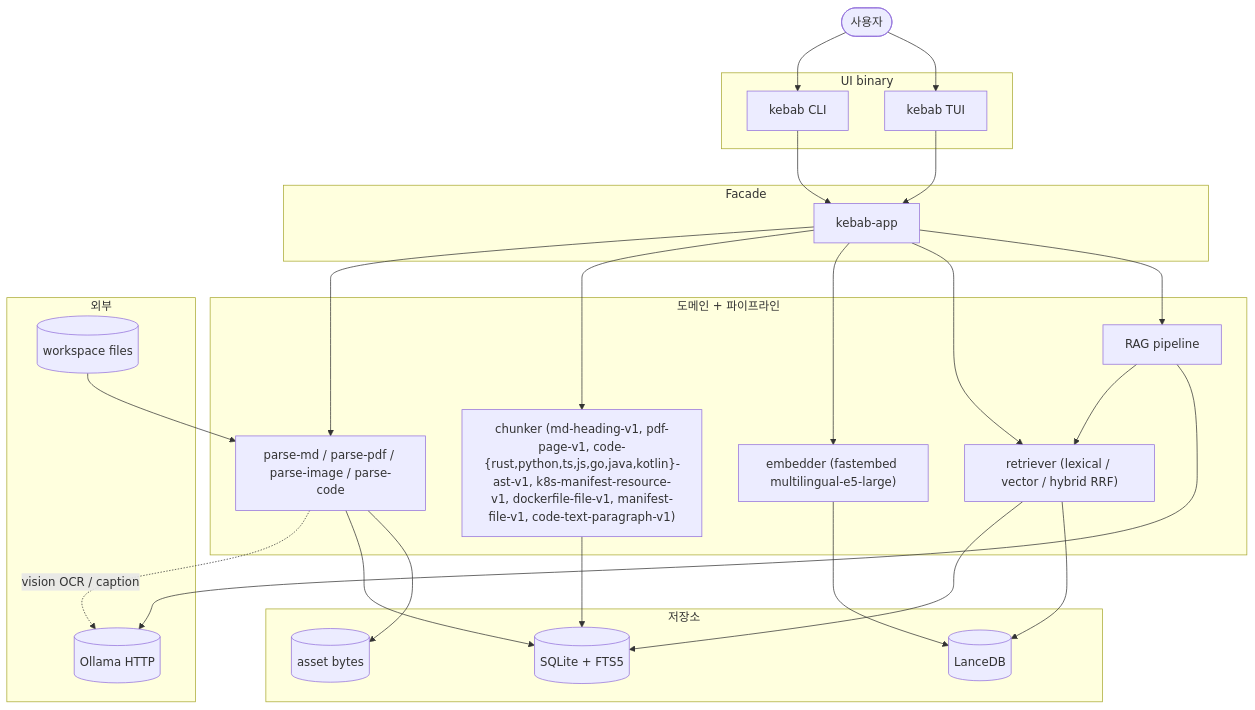
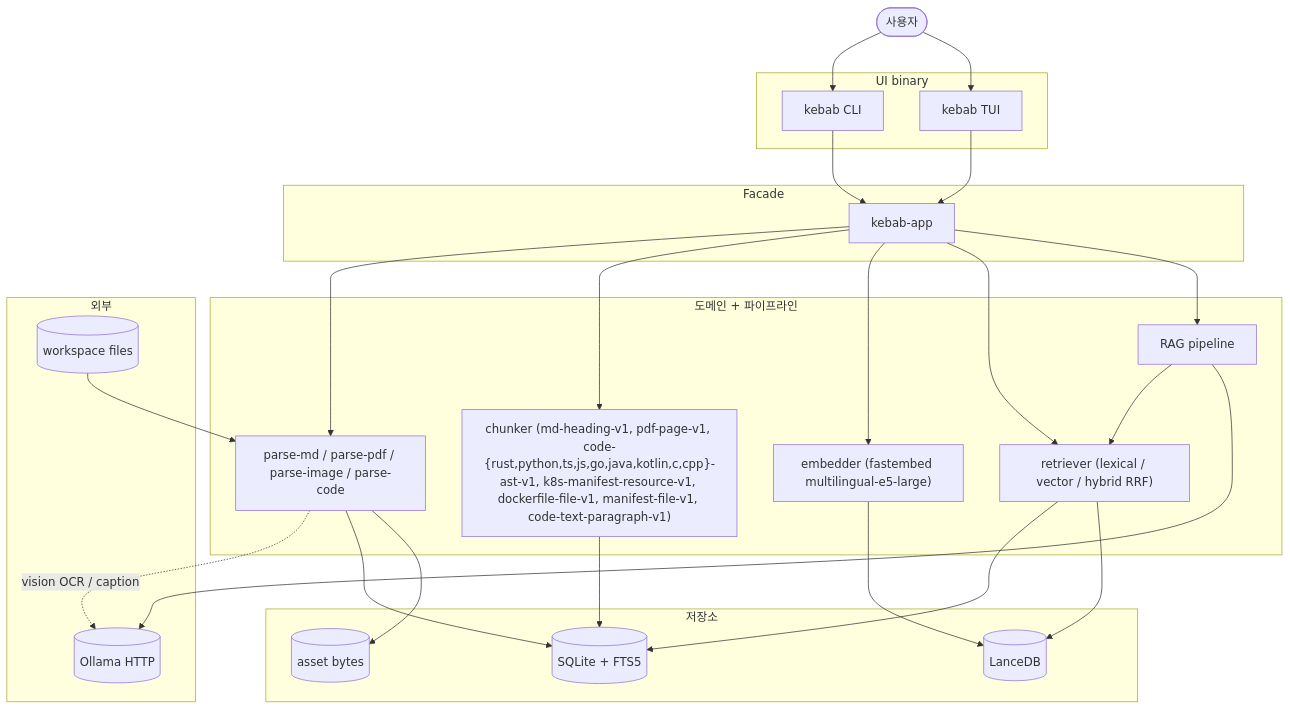
Before and after one commit to altair823/kebab: the diagram in README.md, drawn with Mermaid. The commit also changed other lines of this file and 5 other files, not shown here.

First line of the commit message:
docs(p10-1d): README/HANDOFF/ARCHITECTURE/SMOKE/INDEX sync

````diff
--- a/README.md
+++ b/README.md
@@ -120,56 +120,56 @@
 ```mermaid
 flowchart TB
     user(["사용자"])
 
     subgraph UI["UI binary"]
         cli["kebab CLI"]
         tui["kebab TUI"]
     end
 
     subgraph App["Facade"]
         app["kebab-app"]
     end
 
     subgraph Pipeline["도메인 + 파이프라인"]
         parse["parse-md / parse-pdf / parse-image / parse-code"]
-        chunker["chunker (md-heading-v1, pdf-page-v1, code-{rust,python,ts,js,go,java,kotlin}-ast-v1, k8s-manifest-resource-v1, dockerfile-file-v1, manifest-file-v1, code-text-paragraph-v1)"]
+        chunker["chunker (md-heading-v1, pdf-page-v1, code-{rust,python,ts,js,go,java,kotlin,c,cpp}-ast-v1, k8s-manifest-resource-v1, dockerfile-file-v1, manifest-file-v1, code-text-paragraph-v1)"]
         embedder["embedder (fastembed multilingual-e5-large)"]
         retriever["retriever (lexical / vector / hybrid RRF)"]
         rag["RAG pipeline"]
     end
 
     subgraph Store["저장소"]
         sqlite[("SQLite + FTS5")]
         lance[("LanceDB")]
         assets[("asset bytes")]
     end
 
     subgraph External["외부"]
         fs[("workspace files")]
         ollama[("Ollama HTTP")]
     end
 
     user --> cli
     user --> tui
     cli --> app
     tui --> app
 
     app --> parse
     app --> chunker
     app --> embedder
     app --> retriever
     app --> rag
 
     fs --> parse
     parse -. vision OCR / caption .-> ollama
     parse --> sqlite
     parse --> assets
 
     chunker --> sqlite
     embedder --> lance
     retriever --> sqlite
     retriever --> lance
 
     rag --> retriever
     rag --> ollama
 ```
````
